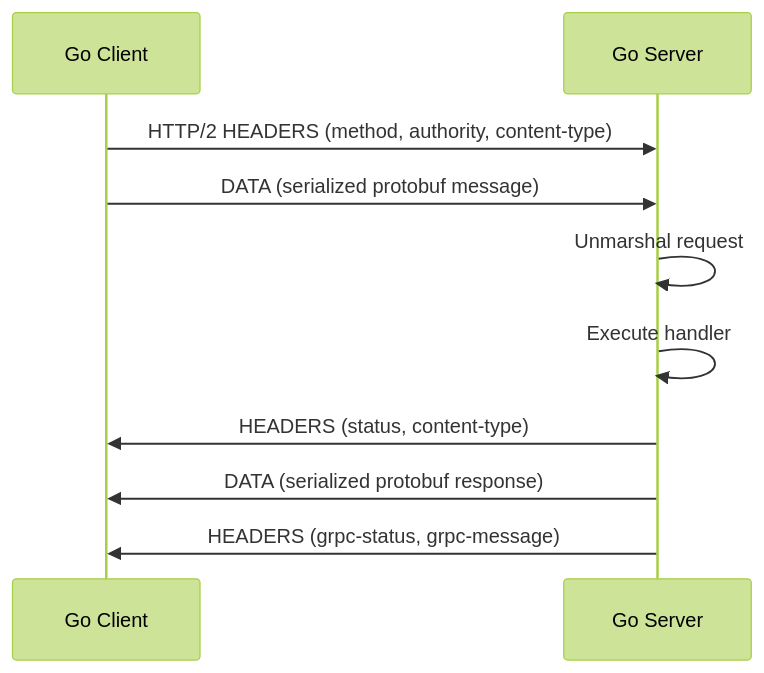
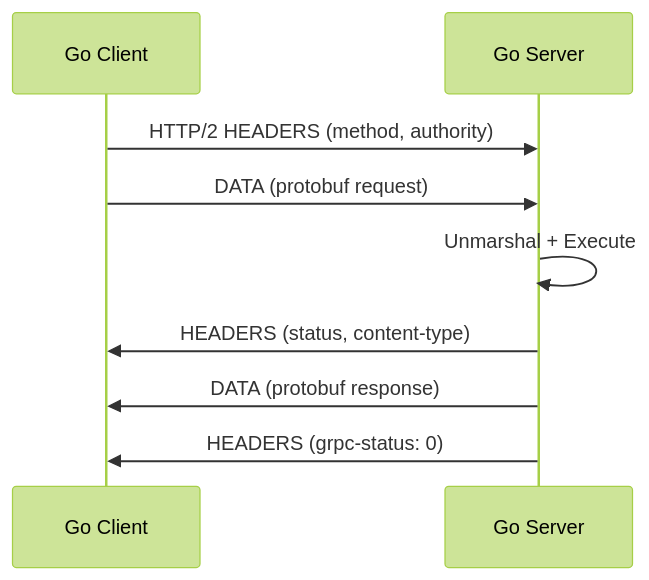
Before and after one commit to Leito2/Learning: the first of 3 diagrams in Software Engineering/02 - Go Engineering/02 - Go for Cloud Native/03 - gRPC and Protocol Buffers.md, drawn with Mermaid (forest theme). The commit also changed other lines of this file and 41 other files, not shown here.

````diff
--- a/Software Engineering/02 - Go Engineering/02 - Go for Cloud Native/03 - gRPC and Protocol Buffers.md
+++ b/Software Engineering/02 - Go Engineering/02 - Go for Cloud Native/03 - gRPC and Protocol Buffers.md
@@ -63,12 +123,11 @@
 ```mermaid
 sequenceDiagram
     participant C as Go Client
     participant S as Go Server
-    C->>S: HTTP/2 HEADERS (method, authority, content-type)
-    C->>S: DATA (serialized protobuf message)
-    S->>S: Unmarshal request
-    S->>S: Execute handler
+    C->>S: HTTP/2 HEADERS (method, authority)
+    C->>S: DATA (protobuf request)
+    S->>S: Unmarshal + Execute
     S->>C: HEADERS (status, content-type)
-    S->>C: DATA (serialized protobuf response)
-    S->>C: HEADERS (grpc-status, grpc-message)
+    S->>C: DATA (protobuf response)
+    S->>C: HEADERS (grpc-status: 0)
 ```
````
